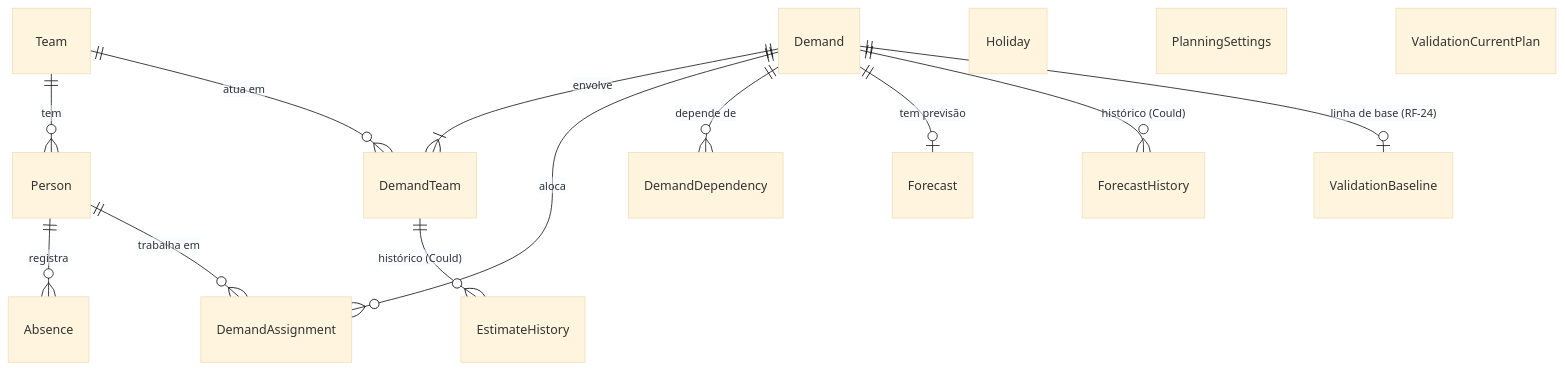
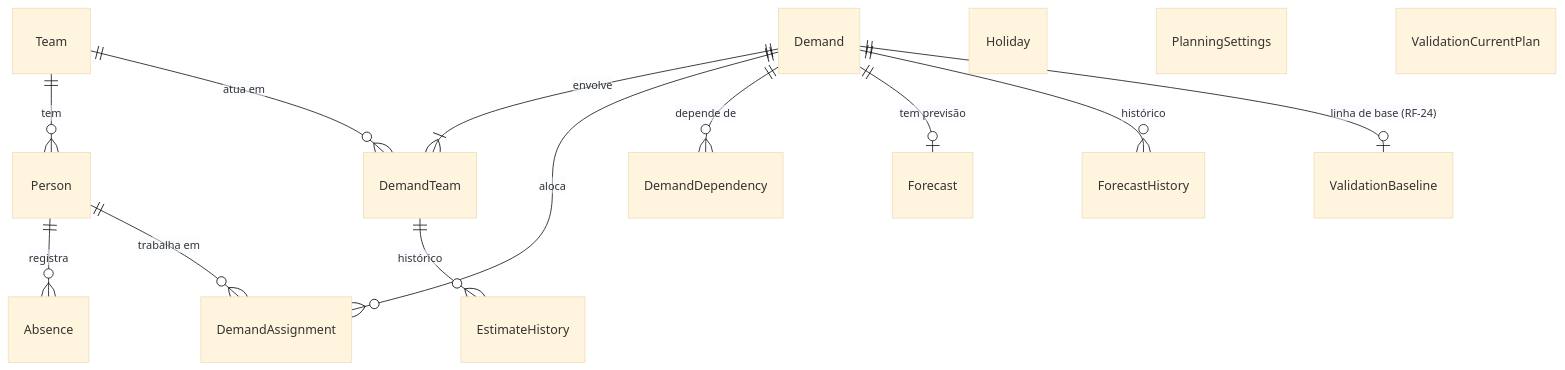
Before and after one commit to pedrohenriquedsdev/coordin: the diagram in docs/TDD.md, drawn with Mermaid (base theme). The commit also changed other lines of this file, not shown here.

````diff
--- a/docs/TDD.md
+++ b/docs/TDD.md
@@ -249,17 +249,17 @@
 ```mermaid
 erDiagram
     Team ||--o{ Person : "tem"
     Person ||--o{ Absence : "registra"
     Demand ||--|{ DemandTeam : "envolve"
     Team ||--o{ DemandTeam : "atua em"
     Demand ||--o{ DemandAssignment : "aloca"
     Person ||--o{ DemandAssignment : "trabalha em"
     Demand ||--o{ DemandDependency : "depende de"
     Demand ||--o| Forecast : "tem previsão"
-    Demand ||--o{ ForecastHistory : "histórico (Could)"
-    DemandTeam ||--o{ EstimateHistory : "histórico (Could)"
+    Demand ||--o{ ForecastHistory : "histórico"
+    DemandTeam ||--o{ EstimateHistory : "histórico"
     Demand ||--o| ValidationBaseline : "linha de base (RF-24)"
     Holiday
     PlanningSettings
     ValidationCurrentPlan
 ```
````
